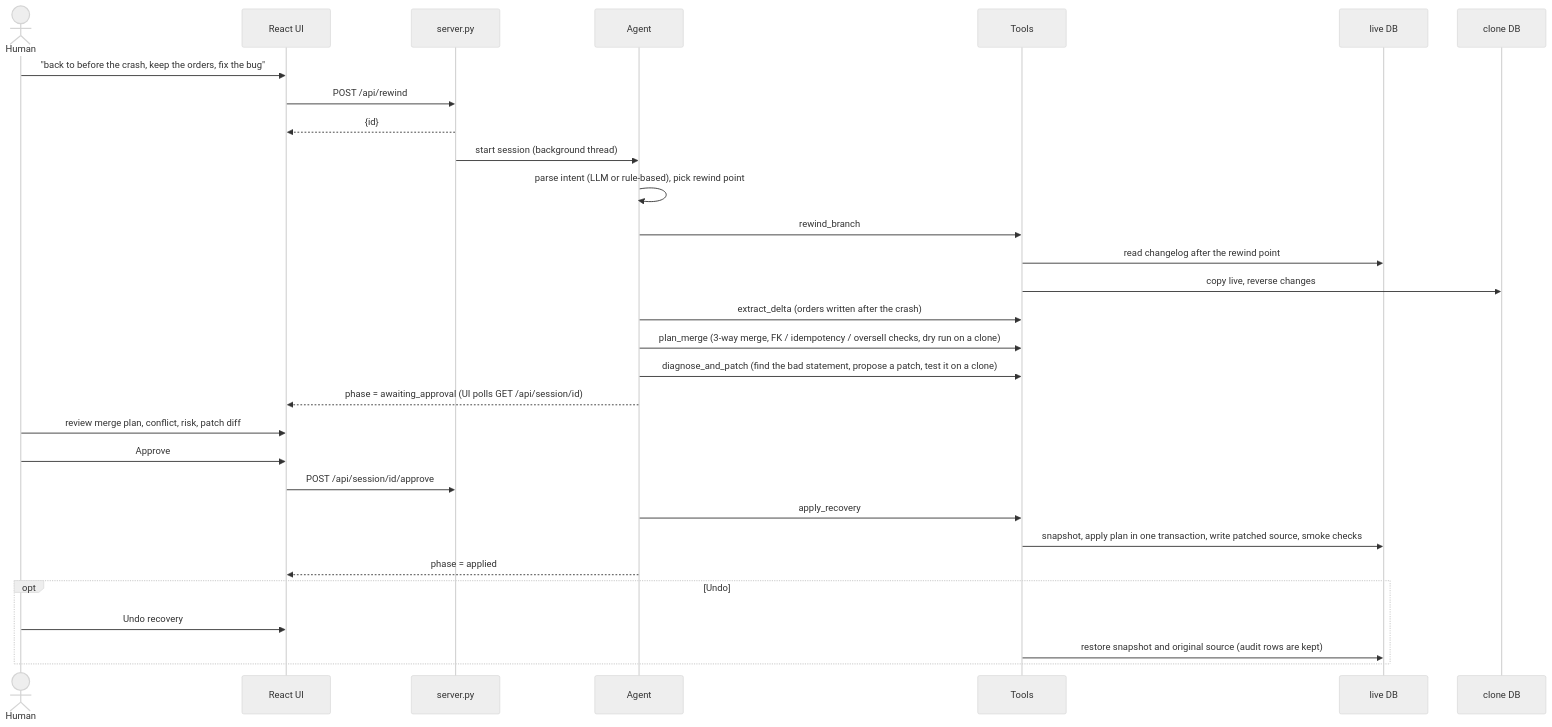
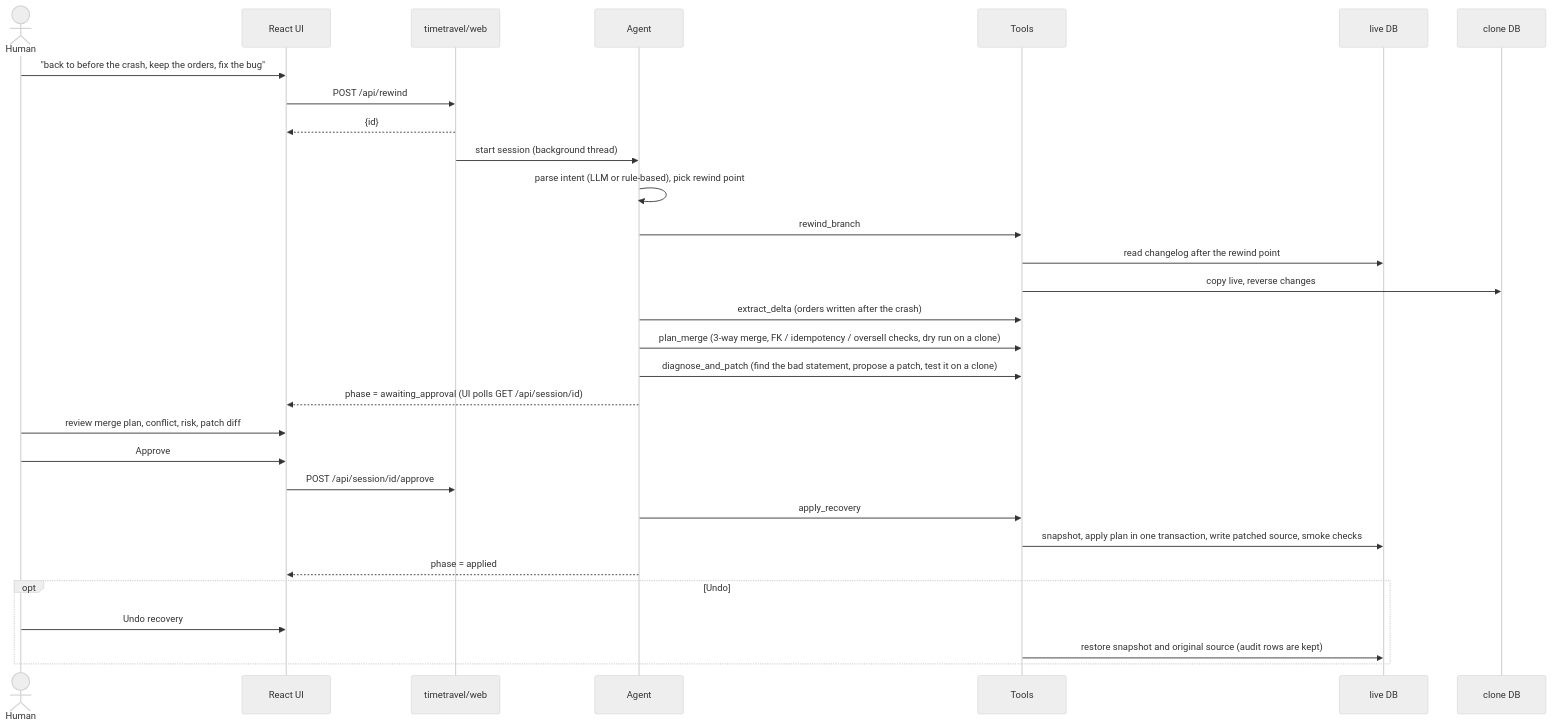
One commit to HamidKhan1001/Time-Travel_db_and_bug_rewinder changed the second of 3 diagrams in docs/ARCHITECTURE.md. Above: the diagram before and after it, drawn with Mermaid (neutral theme). The commit also changed other lines of this file and 60 other files, not shown here.

First line of the commit message:
Restructure the HTTP layer into timetravel/web, widen lint, add startup and stream tests

````diff
--- a/docs/ARCHITECTURE.md
+++ b/docs/ARCHITECTURE.md
@@ -40,33 +40,33 @@
 ```mermaid
 sequenceDiagram
     actor Human
     participant UI as React UI
-    participant API as server.py
+    participant API as timetravel/web
     participant Agent
     participant Tools
     participant Live as live DB
     participant Clone as clone DB
 
     Human->>UI: "back to before the crash, keep the orders, fix the bug"
     UI->>API: POST /api/rewind
     API-->>UI: {id}
     API->>Agent: start session (background thread)
     Agent->>Agent: parse intent (LLM or rule-based), pick rewind point
     Agent->>Tools: rewind_branch
     Tools->>Live: read changelog after the rewind point
     Tools->>Clone: copy live, reverse changes
     Agent->>Tools: extract_delta (orders written after the crash)
     Agent->>Tools: plan_merge (3-way merge, FK / idempotency / oversell checks, dry run on a clone)
     Agent->>Tools: diagnose_and_patch (find the bad statement, propose a patch, test it on a clone)
     Agent-->>UI: phase = awaiting_approval (UI polls GET /api/session/id)
     Human->>UI: review merge plan, conflict, risk, patch diff
     Human->>UI: Approve
     UI->>API: POST /api/session/id/approve
     Agent->>Tools: apply_recovery
     Tools->>Live: snapshot, apply plan in one transaction, write patched source, smoke checks
     Agent-->>UI: phase = applied
     opt Undo
         Human->>UI: Undo recovery
         Tools->>Live: restore snapshot and original source (audit rows are kept)
     end
 ```
````
